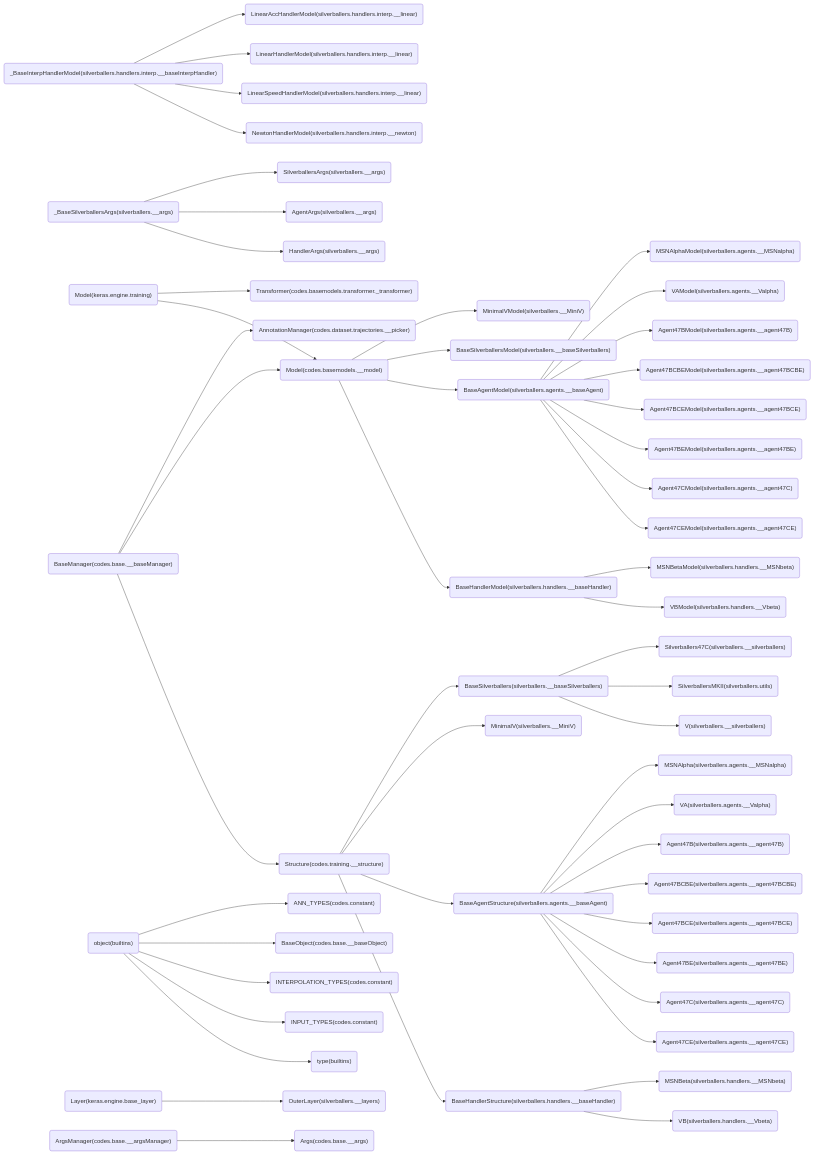
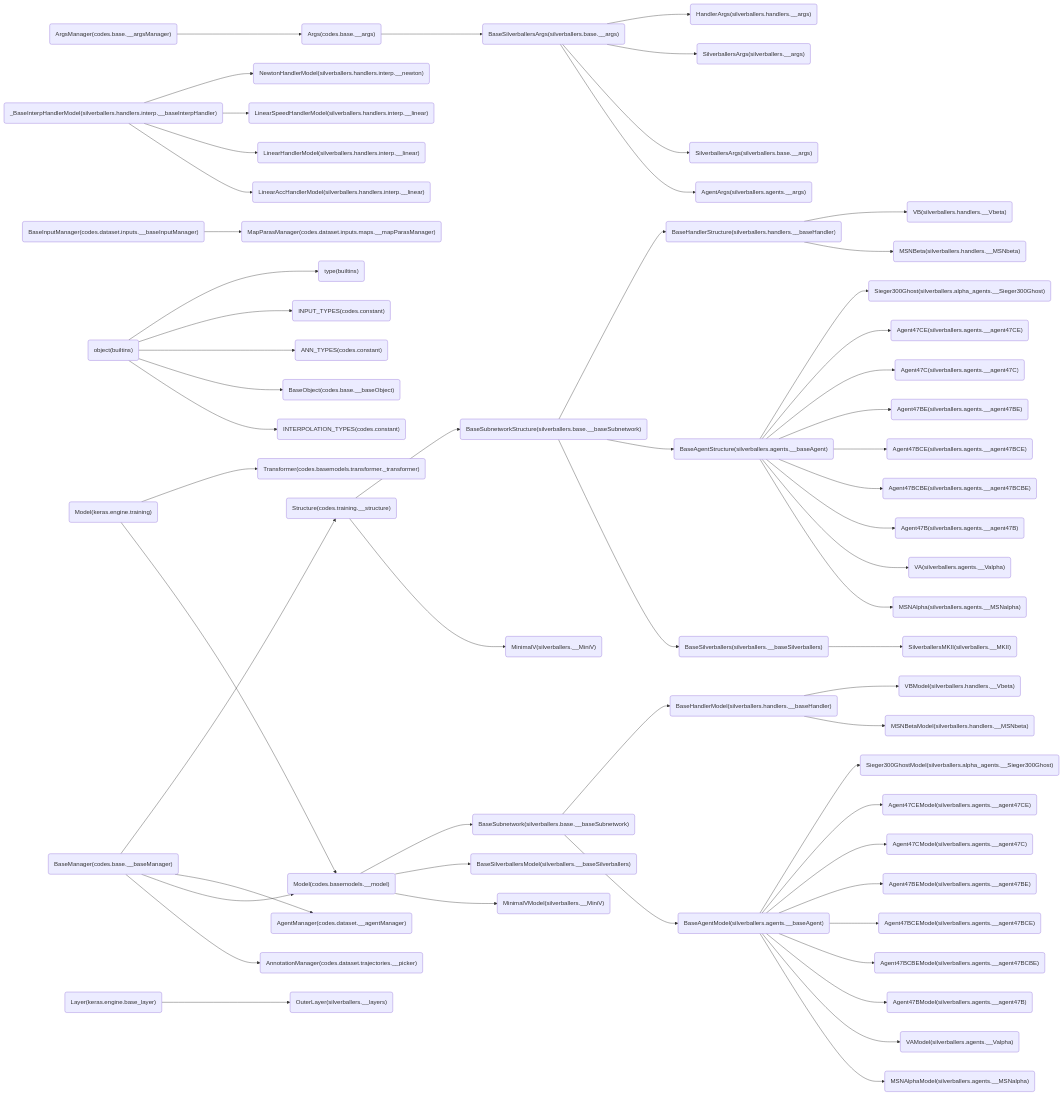
One commit to cocoon2wong/Project-Jocker changed the second of 2 diagrams in classRef.md. Above: the diagram before and after it, drawn with Mermaid. The commit also changed other lines of this file and 34 other files, not shown here.

````diff
--- a/classRef.md
+++ b/classRef.md
@@ -106,53 +108,59 @@
 ```mermaid
     graph LR
+        codes.base.__baseManager_BaseManager("BaseManager(codes.base.__baseManager)") --> codes.training.__structure_Structure("Structure(codes.training.__structure)")
+        builtins_object("object(builtins)") --> builtins_type("type(builtins)")
         silverballers.handlers.interp.__baseInterpHandler__BaseInterpHandlerModel("_BaseInterpHandlerModel(silverballers.handlers.interp.__baseInterpHandler)") --> silverballers.handlers.interp.__newton_NewtonHandlerModel("NewtonHandlerModel(silverballers.handlers.interp.__newton)")
-        builtins_object("object(builtins)") --> builtins_type("type(builtins)")
-        silverballers.__args__BaseSilverballersArgs("_BaseSilverballersArgs(silverballers.__args)") --> silverballers.__args_HandlerArgs("HandlerArgs(silverballers.__args)")
+        silverballers.base.__args_BaseSilverballersArgs("BaseSilverballersArgs(silverballers.base.__args)") --> silverballers.handlers.__args_HandlerArgs("HandlerArgs(silverballers.handlers.__args)")
         silverballers.handlers.interp.__baseInterpHandler__BaseInterpHandlerModel("_BaseInterpHandlerModel(silverballers.handlers.interp.__baseInterpHandler)") --> silverballers.handlers.interp.__linear_LinearSpeedHandlerModel("LinearSpeedHandlerModel(silverballers.handlers.interp.__linear)")
         silverballers.handlers.interp.__baseInterpHandler__BaseInterpHandlerModel("_BaseInterpHandlerModel(silverballers.handlers.interp.__baseInterpHandler)") --> silverballers.handlers.interp.__linear_LinearHandlerModel("LinearHandlerModel(silverballers.handlers.interp.__linear)")
         silverballers.handlers.interp.__baseInterpHandler__BaseInterpHandlerModel("_BaseInterpHandlerModel(silverballers.handlers.interp.__baseInterpHandler)") --> silverballers.handlers.interp.__linear_LinearAccHandlerModel("LinearAccHandlerModel(silverballers.handlers.interp.__linear)")
         builtins_object("object(builtins)") --> codes.constant_INPUT_TYPES("INPUT_TYPES(codes.constant)")
-        codes.basemodels.__model_Model("Model(codes.basemodels.__model)") --> silverballers.handlers.__baseHandler_BaseHandlerModel("BaseHandlerModel(silverballers.handlers.__baseHandler)")
-        codes.base.__baseManager_BaseManager("BaseManager(codes.base.__baseManager)") --> codes.training.__structure_Structure("Structure(codes.training.__structure)")
-        keras.engine.training_Model("Model(keras.engine.training)") --> codes.basemodels.__model_Model("Model(codes.basemodels.__model)")
-        codes.base.__baseManager_BaseManager("BaseManager(codes.base.__baseManager)") --> codes.basemodels.__model_Model("Model(codes.basemodels.__model)")
-        codes.training.__structure_Structure("Structure(codes.training.__structure)") --> silverballers.handlers.__baseHandler_BaseHandlerStructure("BaseHandlerStructure(silverballers.handlers.__baseHandler)")
+        silverballers.base.__baseSubnetwork_BaseSubnetwork("BaseSubnetwork(silverballers.base.__baseSubnetwork)") --> silverballers.handlers.__baseHandler_BaseHandlerModel("BaseHandlerModel(silverballers.handlers.__baseHandler)")
+        silverballers.base.__args_BaseSilverballersArgs("BaseSilverballersArgs(silverballers.base.__args)") --> silverballers.__args_SilverballersArgs("SilverballersArgs(silverballers.__args)")
+        codes.dataset.inputs.__baseInputManager_BaseInputManager("BaseInputManager(codes.dataset.inputs.__baseInputManager)") --> codes.dataset.inputs.maps.__mapParasManager_MapParasManager("MapParasManager(codes.dataset.inputs.maps.__mapParasManager)")
+        codes.training.__structure_Structure("Structure(codes.training.__structure)") --> silverballers.base.__baseSubnetwork_BaseSubnetworkStructure("BaseSubnetworkStructure(silverballers.base.__baseSubnetwork)")
+        codes.base.__args_Args("Args(codes.base.__args)") --> silverballers.base.__args_BaseSilverballersArgs("BaseSilverballersArgs(silverballers.base.__args)")
+        codes.basemodels.__model_Model("Model(codes.basemodels.__model)") --> silverballers.base.__baseSubnetwork_BaseSubnetwork("BaseSubnetwork(silverballers.base.__baseSubnetwork)")
+        silverballers.base.__baseSubnetwork_BaseSubnetworkStructure("BaseSubnetworkStructure(silverballers.base.__baseSubnetwork)") --> silverballers.handlers.__baseHandler_BaseHandlerStructure("BaseHandlerStructure(silverballers.handlers.__baseHandler)")
+        codes.base.__baseManager_BaseManager("BaseManager(codes.base.__baseManager)") --> codes.dataset.__agentManager_AgentManager("AgentManager(codes.dataset.__agentManager)")
         silverballers.handlers.__baseHandler_BaseHandlerModel("BaseHandlerModel(silverballers.handlers.__baseHandler)") --> silverballers.handlers.__Vbeta_VBModel("VBModel(silverballers.handlers.__Vbeta)")
         silverballers.handlers.__baseHandler_BaseHandlerStructure("BaseHandlerStructure(silverballers.handlers.__baseHandler)") --> silverballers.handlers.__Vbeta_VB("VB(silverballers.handlers.__Vbeta)")
         keras.engine.training_Model("Model(keras.engine.training)") --> codes.basemodels.transformer._transformer_Transformer("Transformer(codes.basemodels.transformer._transformer)")
+        builtins_object("object(builtins)") --> codes.constant_ANN_TYPES("ANN_TYPES(codes.constant)")
         silverballers.handlers.__baseHandler_BaseHandlerModel("BaseHandlerModel(silverballers.handlers.__baseHandler)") --> silverballers.handlers.__MSNbeta_MSNBetaModel("MSNBetaModel(silverballers.handlers.__MSNbeta)")
         silverballers.handlers.__baseHandler_BaseHandlerStructure("BaseHandlerStructure(silverballers.handlers.__baseHandler)") --> silverballers.handlers.__MSNbeta_MSNBeta("MSNBeta(silverballers.handlers.__MSNbeta)")
-        codes.training.__structure_Structure("Structure(codes.training.__structure)") --> silverballers.agents.__baseAgent_BaseAgentStructure("BaseAgentStructure(silverballers.agents.__baseAgent)")
-        codes.basemodels.__model_Model("Model(codes.basemodels.__model)") --> silverballers.agents.__baseAgent_BaseAgentModel("BaseAgentModel(silverballers.agents.__baseAgent)")
-        silverballers.__args__BaseSilverballersArgs("_BaseSilverballersArgs(silverballers.__args)") --> silverballers.__args_AgentArgs("AgentArgs(silverballers.__args)")
+        keras.engine.training_Model("Model(keras.engine.training)") --> codes.basemodels.__model_Model("Model(codes.basemodels.__model)")
+        codes.base.__baseManager_BaseManager("BaseManager(codes.base.__baseManager)") --> codes.basemodels.__model_Model("Model(codes.basemodels.__model)")
+        codes.base.__argsManager_ArgsManager("ArgsManager(codes.base.__argsManager)") --> codes.base.__args_Args("Args(codes.base.__args)")
+        silverballers.base.__args_BaseSilverballersArgs("BaseSilverballersArgs(silverballers.base.__args)") --> silverballers.base.__args_SilverballersArgs("SilverballersArgs(silverballers.base.__args)")
+        silverballers.agents.__baseAgent_BaseAgentModel("BaseAgentModel(silverballers.agents.__baseAgent)") --> silverballers.alpha_agents.__Sieger300Ghost_Sieger300GhostModel("Sieger300GhostModel(silverballers.alpha_agents.__Sieger300Ghost)")
+        silverballers.agents.__baseAgent_BaseAgentStructure("BaseAgentStructure(silverballers.agents.__baseAgent)") --> silverballers.alpha_agents.__Sieger300Ghost_Sieger300Ghost("Sieger300Ghost(silverballers.alpha_agents.__Sieger300Ghost)")
+        silverballers.base.__args_BaseSilverballersArgs("BaseSilverballersArgs(silverballers.base.__args)") --> silverballers.agents.__args_AgentArgs("AgentArgs(silverballers.agents.__args)")
         keras.engine.base_layer_Layer("Layer(keras.engine.base_layer)") --> silverballers.__layers_OuterLayer("OuterLayer(silverballers.__layers)")
+        silverballers.base.__baseSubnetwork_BaseSubnetworkStructure("BaseSubnetworkStructure(silverballers.base.__baseSubnetwork)") --> silverballers.agents.__baseAgent_BaseAgentStructure("BaseAgentStructure(silverballers.agents.__baseAgent)")
+        silverballers.base.__baseSubnetwork_BaseSubnetwork("BaseSubnetwork(silverballers.base.__baseSubnetwork)") --> silverballers.agents.__baseAgent_BaseAgentModel("BaseAgentModel(silverballers.agents.__baseAgent)")
         silverballers.agents.__baseAgent_BaseAgentModel("BaseAgentModel(silverballers.agents.__baseAgent)") --> silverballers.agents.__agent47CE_Agent47CEModel("Agent47CEModel(silverballers.agents.__agent47CE)")
         silverballers.agents.__baseAgent_BaseAgentStructure("BaseAgentStructure(silverballers.agents.__baseAgent)") --> silverballers.agents.__agent47CE_Agent47CE("Agent47CE(silverballers.agents.__agent47CE)")
         silverballers.agents.__baseAgent_BaseAgentModel("BaseAgentModel(silverballers.agents.__baseAgent)") --> silverballers.agents.__agent47C_Agent47CModel("Agent47CModel(silverballers.agents.__agent47C)")
         silverballers.agents.__baseAgent_BaseAgentStructure("BaseAgentStructure(silverballers.agents.__baseAgent)") --> silverballers.agents.__agent47C_Agent47C("Agent47C(silverballers.agents.__agent47C)")
         silverballers.agents.__baseAgent_BaseAgentModel("BaseAgentModel(silverballers.agents.__baseAgent)") --> silverballers.agents.__agent47BE_Agent47BEModel("Agent47BEModel(silverballers.agents.__agent47BE)")
         silverballers.agents.__baseAgent_BaseAgentStructure("BaseAgentStructure(silverballers.agents.__baseAgent)") --> silverballers.agents.__agent47BE_Agent47BE("Agent47BE(silverballers.agents.__agent47BE)")
         silverballers.agents.__baseAgent_BaseAgentModel("BaseAgentModel(silverballers.agents.__baseAgent)") --> silverballers.agents.__agent47BCE_Agent47BCEModel("Agent47BCEModel(silverballers.agents.__agent47BCE)")
         silverballers.agents.__baseAgent_BaseAgentStructure("BaseAgentStructure(silverballers.agents.__baseAgent)") --> silverballers.agents.__agent47BCE_Agent47BCE("Agent47BCE(silverballers.agents.__agent47BCE)")
         silverballers.agents.__baseAgent_BaseAgentModel("BaseAgentModel(silverballers.agents.__baseAgent)") --> silverballers.agents.__agent47BCBE_Agent47BCBEModel("Agent47BCBEModel(silverballers.agents.__agent47BCBE)")
         silverballers.agents.__baseAgent_BaseAgentStructure("BaseAgentStructure(silverballers.agents.__baseAgent)") --> silverballers.agents.__agent47BCBE_Agent47BCBE("Agent47BCBE(silverballers.agents.__agent47BCBE)")
         silverballers.agents.__baseAgent_BaseAgentModel("BaseAgentModel(silverballers.agents.__baseAgent)") --> silverballers.agents.__agent47B_Agent47BModel("Agent47BModel(silverballers.agents.__agent47B)")
         silverballers.agents.__baseAgent_BaseAgentStructure("BaseAgentStructure(silverballers.agents.__baseAgent)") --> silverballers.agents.__agent47B_Agent47B("Agent47B(silverballers.agents.__agent47B)")
         silverballers.agents.__baseAgent_BaseAgentModel("BaseAgentModel(silverballers.agents.__baseAgent)") --> silverballers.agents.__Valpha_VAModel("VAModel(silverballers.agents.__Valpha)")
         silverballers.agents.__baseAgent_BaseAgentStructure("BaseAgentStructure(silverballers.agents.__baseAgent)") --> silverballers.agents.__Valpha_VA("VA(silverballers.agents.__Valpha)")
         silverballers.agents.__baseAgent_BaseAgentModel("BaseAgentModel(silverballers.agents.__baseAgent)") --> silverballers.agents.__MSNalpha_MSNAlphaModel("MSNAlphaModel(silverballers.agents.__MSNalpha)")
         silverballers.agents.__baseAgent_BaseAgentStructure("BaseAgentStructure(silverballers.agents.__baseAgent)") --> silverballers.agents.__MSNalpha_MSNAlpha("MSNAlpha(silverballers.agents.__MSNalpha)")
-        silverballers.__baseSilverballers_BaseSilverballers("BaseSilverballers(silverballers.__baseSilverballers)") --> silverballers.__silverballers_V("V(silverballers.__silverballers)")
         codes.basemodels.__model_Model("Model(codes.basemodels.__model)") --> silverballers.__baseSilverballers_BaseSilverballersModel("BaseSilverballersModel(silverballers.__baseSilverballers)")
-        silverballers.__baseSilverballers_BaseSilverballers("BaseSilverballers(silverballers.__baseSilverballers)") --> silverballers.utils_SilverballersMKII("SilverballersMKII(silverballers.utils)")
-        silverballers.__args__BaseSilverballersArgs("_BaseSilverballersArgs(silverballers.__args)") --> silverballers.__args_SilverballersArgs("SilverballersArgs(silverballers.__args)")
-        silverballers.__baseSilverballers_BaseSilverballers("BaseSilverballers(silverballers.__baseSilverballers)") --> silverballers.__silverballers_Silverballers47C("Silverballers47C(silverballers.__silverballers)")
+        silverballers.base.__baseSubnetwork_BaseSubnetworkStructure("BaseSubnetworkStructure(silverballers.base.__baseSubnetwork)") --> silverballers.__baseSilverballers_BaseSilverballers("BaseSilverballers(silverballers.__baseSilverballers)")
+        builtins_object("object(builtins)") --> codes.base.__baseObject_BaseObject("BaseObject(codes.base.__baseObject)")
+        codes.base.__baseManager_BaseManager("BaseManager(codes.base.__baseManager)") --> codes.dataset.trajectories.__picker_AnnotationManager("AnnotationManager(codes.dataset.trajectories.__picker)")
         codes.basemodels.__model_Model("Model(codes.basemodels.__model)") --> silverballers.__MiniV_MinimalVModel("MinimalVModel(silverballers.__MiniV)")
         codes.training.__structure_Structure("Structure(codes.training.__structure)") --> silverballers.__MiniV_MinimalV("MinimalV(silverballers.__MiniV)")
+        silverballers.__baseSilverballers_BaseSilverballers("BaseSilverballers(silverballers.__baseSilverballers)") --> silverballers.__MKII_SilverballersMKII("SilverballersMKII(silverballers.__MKII)")
         builtins_object("object(builtins)") --> codes.constant_INTERPOLATION_TYPES("INTERPOLATION_TYPES(codes.constant)")
-        codes.training.__structure_Structure("Structure(codes.training.__structure)") --> silverballers.__baseSilverballers_BaseSilverballers("BaseSilverballers(silverballers.__baseSilverballers)")
-        codes.base.__argsManager_ArgsManager("ArgsManager(codes.base.__argsManager)") --> codes.base.__args_Args("Args(codes.base.__args)")
-        builtins_object("object(builtins)") --> codes.base.__baseObject_BaseObject("BaseObject(codes.base.__baseObject)")
-        codes.base.__baseManager_BaseManager("BaseManager(codes.base.__baseManager)") --> codes.dataset.trajectories.__picker_AnnotationManager("AnnotationManager(codes.dataset.trajectories.__picker)")
-        builtins_object("object(builtins)") --> codes.constant_ANN_TYPES("ANN_TYPES(codes.constant)")
 ```
````
